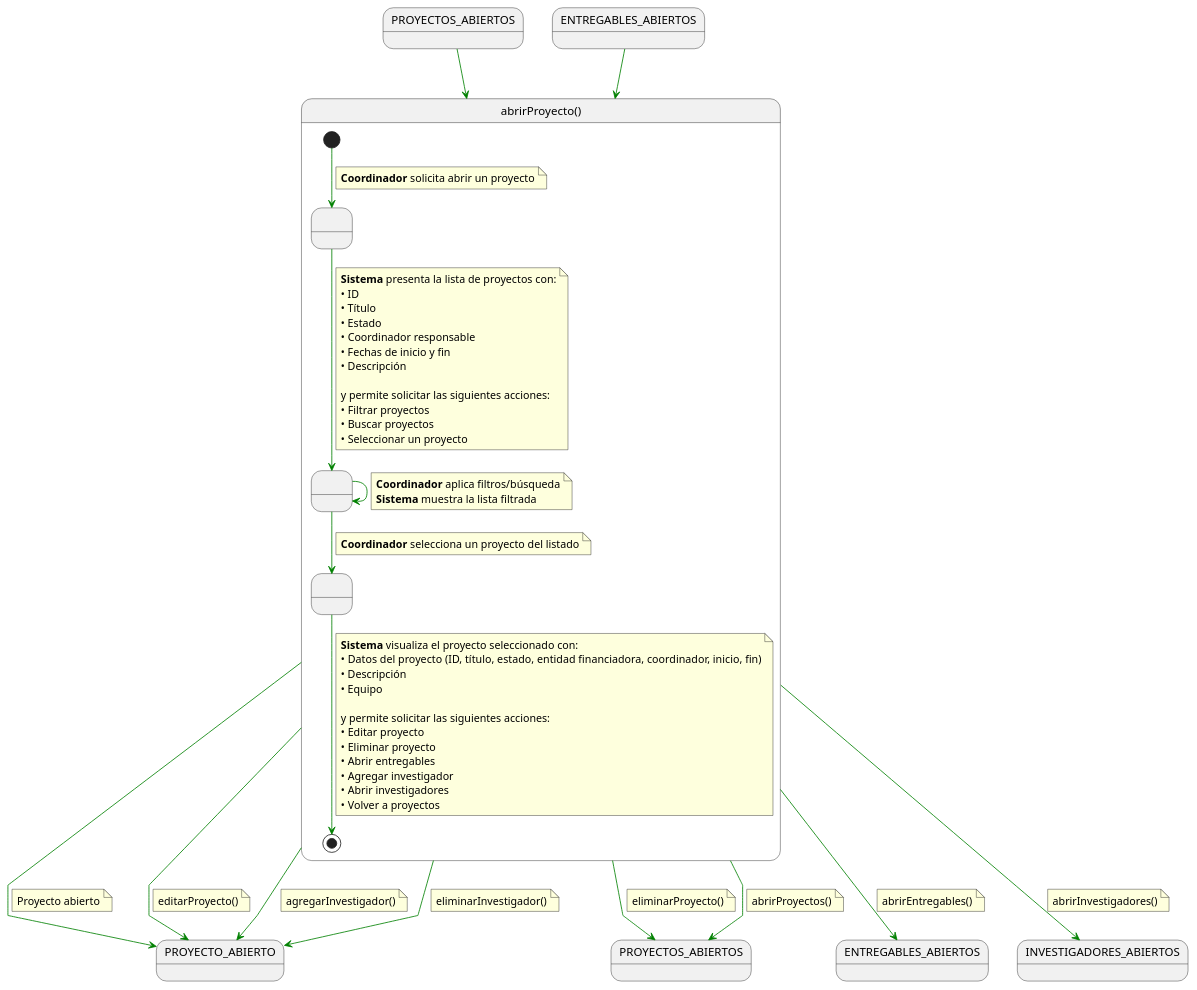
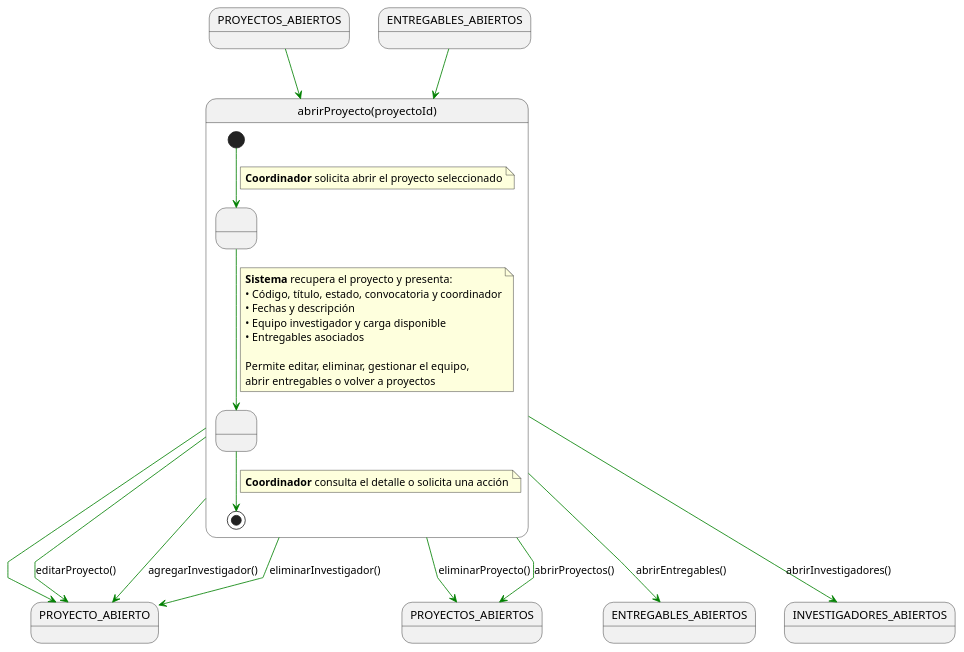
Before and after one commit to beatriizorozco/25-26-idsw2-sdVC: the diagram in RUP/00-casos-uso/02-detalle/coordinador/abrirProyecto/especificacion.puml, drawn with PlantUML. The commit also changed 38 other files, not shown here.

First line of the commit message:
docs(proyectos): completar detalle funcional del bloque 5

```diff
--- a/RUP/00-casos-uso/02-detalle/coordinador/abrirProyecto/especificacion.puml
+++ b/RUP/00-casos-uso/02-detalle/coordinador/abrirProyecto/especificacion.puml
@@ -1,105 +1,45 @@
 @startuml abrirProyecto
 skinparam linetype polyline
 
-state in1 as "PROYECTOS_ABIERTOS"
-in1 -[#green]-> abrirProyecto
+state proyectos as "PROYECTOS_ABIERTOS"
+state entregables as "ENTREGABLES_ABIERTOS"
+proyectos -[#green]-> abrirProyecto
+entregables -[#green]-> abrirProyecto
 
-state in2 as "ENTREGABLES_ABIERTOS"
-in2 -[#green]-> abrirProyecto
+state abrirProyecto as "abrirProyecto(proyectoId)" {
+    state " " as RecuperandoProyecto
+    state " " as PresentandoProyecto
 
-state abrirProyecto as "abrirProyecto()" {
-
-    state " " as MostrandoListaProyectos
-    state " " as FiltrandoBuscando
-    state " " as SeleccionandoProyecto
-
-    [*] -[#green]-> MostrandoListaProyectos
+    [*] -[#green]-> RecuperandoProyecto
     note on link
-    <b>Coordinador</b> solicita abrir un proyecto
+    <b>Coordinador</b> solicita abrir el proyecto seleccionado
     end note
 
-    MostrandoListaProyectos -[#green]-> FiltrandoBuscando
+    RecuperandoProyecto -[#green]-> PresentandoProyecto
     note on link
-    <b>Sistema</b> presenta la lista de proyectos con:
-    • ID
-    • Título
-    • Estado
-    • Coordinador responsable
-    • Fechas de inicio y fin
-    • Descripción
+    <b>Sistema</b> recupera el proyecto y presenta:
+    • Código, título, estado, convocatoria y coordinador
+    • Fechas y descripción
+    • Equipo investigador y carga disponible
+    • Entregables asociados
 
-    y permite solicitar las siguientes acciones:
-    • Filtrar proyectos
-    • Buscar proyectos
-    • Seleccionar un proyecto
+    Permite editar, eliminar, gestionar el equipo,
+    abrir entregables o volver a proyectos
     end note
 
-    FiltrandoBuscando -[#green]-> FiltrandoBuscando
+    PresentandoProyecto -[#green]-> [*]
     note on link
-    <b>Coordinador</b> aplica filtros/búsqueda
-    <b>Sistema</b> muestra la lista filtrada
-    end note
-
-    FiltrandoBuscando -[#green]-> SeleccionandoProyecto
-    note on link
-    <b>Coordinador</b> selecciona un proyecto del listado
-    end note
-
-    SeleccionandoProyecto -[#green]-> [*]
-    note on link
-    <b>Sistema</b> visualiza el proyecto seleccionado con:
-    • Datos del proyecto (ID, título, estado, entidad financiadora, coordinador, inicio, fin)
-    • Descripción
-    • Equipo
-
-    y permite solicitar las siguientes acciones:
-    • Editar proyecto
-    • Eliminar proyecto
-    • Abrir entregables
-    • Agregar investigador
-    • Abrir investigadores
-    • Volver a proyectos
+    <b>Coordinador</b> consulta el detalle o solicita una acción
     end note
 }
 
 abrirProyecto -[#green]-> PROYECTO_ABIERTO
-note on link
-Proyecto abierto
-end note
-
-abrirProyecto -[#green]-> PROYECTO_ABIERTO
-note on link
-editarProyecto()
-end note
-
-abrirProyecto -[#green]-> PROYECTOS_ABIERTOS
-note on link
-eliminarProyecto()
-end note
-
-abrirProyecto -[#green]-> PROYECTO_ABIERTO
-note on link
-agregarInvestigador()
-end note
-
-abrirProyecto -[#green]-> PROYECTO_ABIERTO
-note on link
-eliminarInvestigador()
-end note
-
-abrirProyecto -[#green]-> ENTREGABLES_ABIERTOS
-note on link
-abrirEntregables()
-end note
-
-abrirProyecto -[#green]-> INVESTIGADORES_ABIERTOS
-note on link
-abrirInvestigadores()
-end note
-
-abrirProyecto -[#green]-> PROYECTOS_ABIERTOS
-note on link
-abrirProyectos()
-end note
+abrirProyecto -[#green]-> PROYECTO_ABIERTO: editarProyecto()
+abrirProyecto -[#green]-> PROYECTOS_ABIERTOS: eliminarProyecto()
+abrirProyecto -[#green]-> PROYECTO_ABIERTO: agregarInvestigador()
+abrirProyecto -[#green]-> PROYECTO_ABIERTO: eliminarInvestigador()
+abrirProyecto -[#green]-> ENTREGABLES_ABIERTOS: abrirEntregables()
+abrirProyecto -[#green]-> INVESTIGADORES_ABIERTOS: abrirInvestigadores()
+abrirProyecto -[#green]-> PROYECTOS_ABIERTOS: abrirProyectos()
 
 @enduml
```
